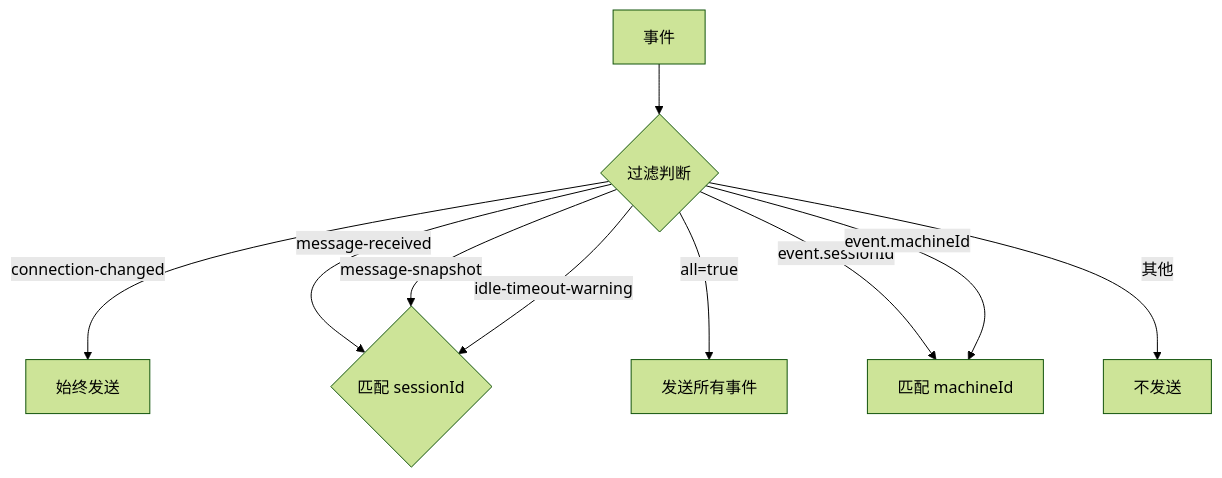
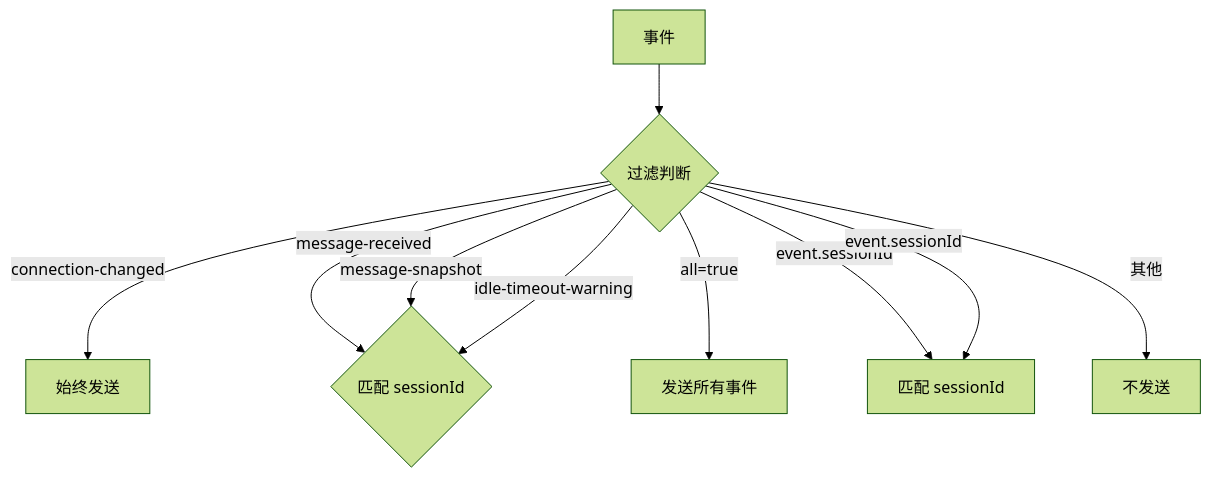
The third of 4 diagrams in docs/architecture/daemon/sse/README.md (ModuBit/mobi), drawn with Mermaid (forest theme) before and after one commit. The commit also changed other lines of this file and 86 other files, not shown here.

````diff
--- a/docs/architecture/daemon/sse/README.md
+++ b/docs/architecture/daemon/sse/README.md
@@ -99,13 +99,13 @@
 ```mermaid
 flowchart TB
     event[事件] --> check{过滤判断}
 
     check -->|connection-changed| always[始终发送]
     check -->|message-received| session{匹配 sessionId}
     check -->|message-snapshot| session
     check -->|idle-timeout-warning| session
     check -->|all=true| all[发送所有事件]
     check -->|event.sessionId| match[匹配 sessionId]
-    check -->|event.machineId| match[匹配 machineId]
+    check -->|event.sessionId| match[匹配 sessionId]
     check -->|其他| skip[不发送]
 ```
````
